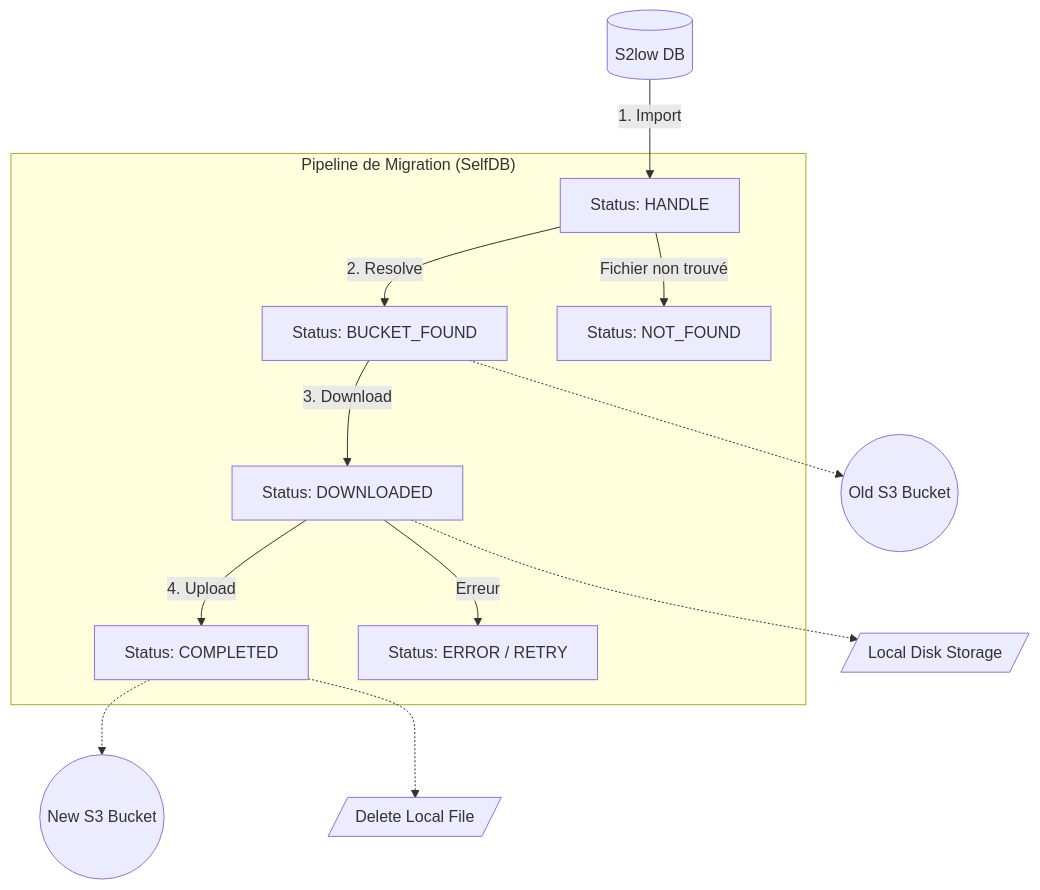
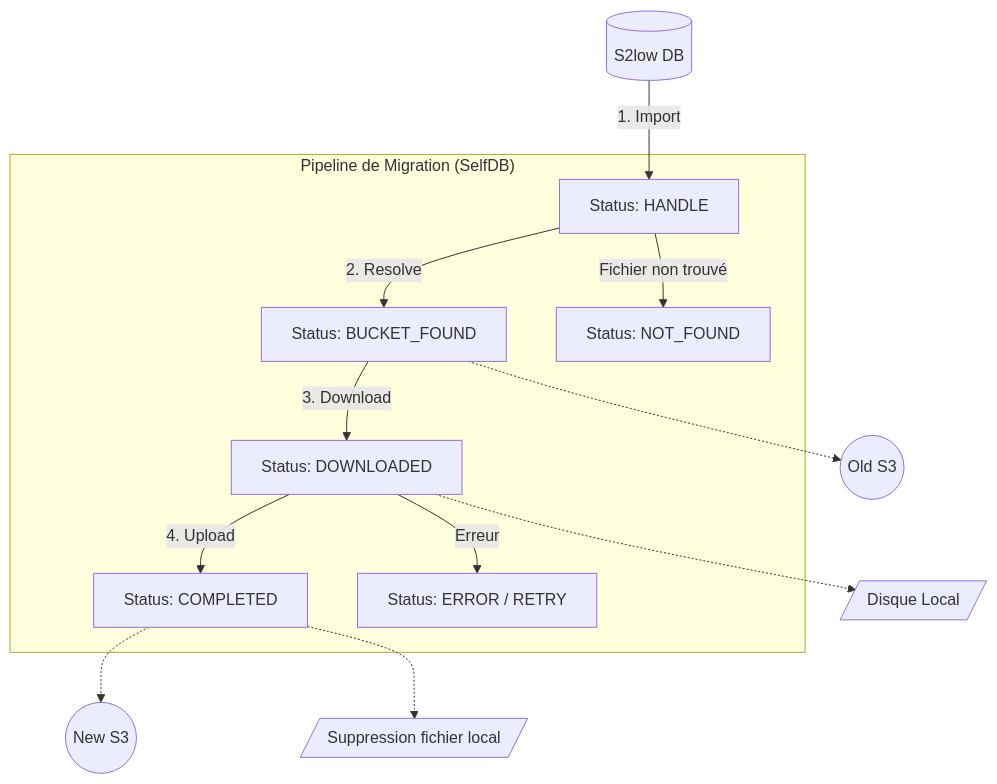
One commit to libriciel/s2low changed the diagram in script/migration/migration-s3/WORKFLOW.md. Above: the diagram before and after it, drawn with Mermaid. The commit also changed other lines of this file and 13 other files, not shown here.

````diff
--- a/script/migration/migration-s3/WORKFLOW.md
+++ b/script/migration/migration-s3/WORKFLOW.md
@@ -14,19 +14,19 @@
 ```mermaid
-graph TD
+flowchart TD
     S2LOW[(S2low DB)] -- "1. Import" --> HANDLE[Status: HANDLE]
     
-    subgraph "Pipeline de Migration (SelfDB)"
+    subgraph Pipeline ["Pipeline de Migration (SelfDB)"]
         HANDLE -- "2. Resolve" --> BUCKET_FOUND[Status: BUCKET_FOUND]
         HANDLE -- "Fichier non trouvé" --> NOT_FOUND[Status: NOT_FOUND]
         
         BUCKET_FOUND -- "3. Download" --> DOWNLOADED[Status: DOWNLOADED]
         
         DOWNLOADED -- "4. Upload" --> COMPLETED[Status: COMPLETED]
         DOWNLOADED -- "Erreur" --> ERROR[Status: ERROR / RETRY]
     end
     
-    BUCKET_FOUND -.-> OLD_S3((Old S3 Bucket))
-    DOWNLOADED -.-> DISK[/Local Disk Storage/]
-    COMPLETED -.-> NEW_S3((New S3 Bucket))
-    COMPLETED -.-> DELETE[/Delete Local File/]
+    BUCKET_FOUND -.-> OLD_S3((Old S3))
+    DOWNLOADED -.-> DISK[/Disque Local/]
+    COMPLETED -.-> NEW_S3((New S3))
+    COMPLETED -.-> DELETE[/Suppression fichier local/]
 ```
````
